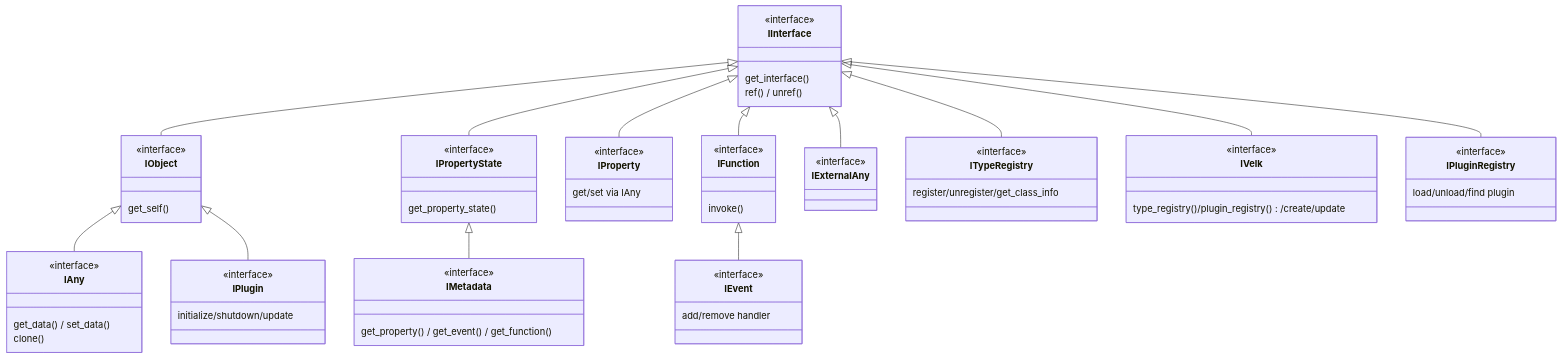
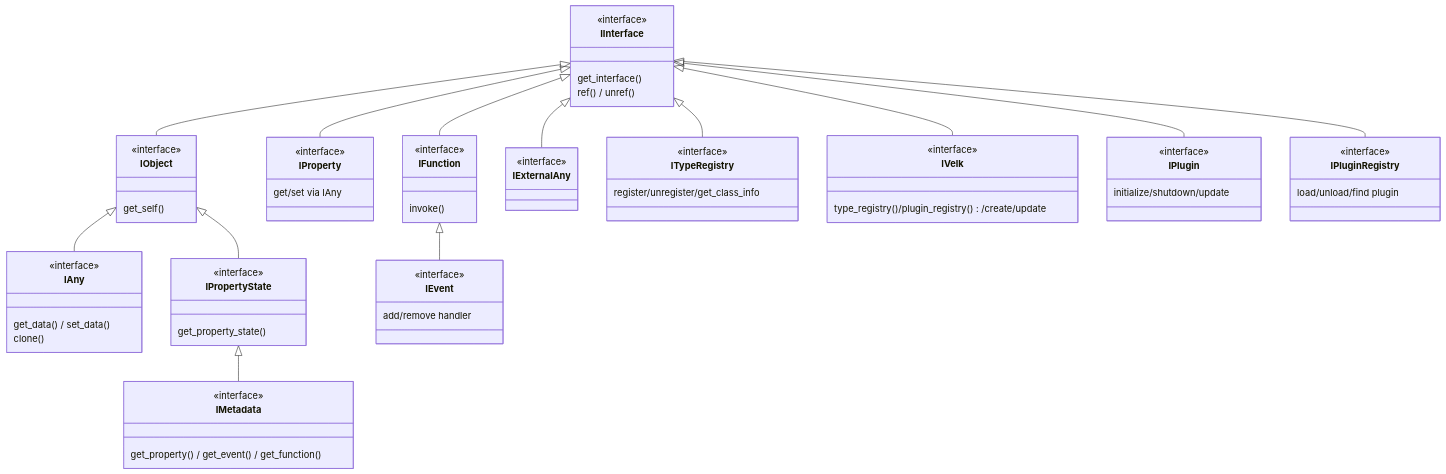
One commit to ljaaskela/strata changed the second of 3 diagrams in docs/architecture.md. Above: the diagram before and after it, drawn with Mermaid. The commit also changed other lines of this file and 5 other files, not shown here.

````diff
--- a/docs/architecture.md
+++ b/docs/architecture.md
@@ -119,77 +120,76 @@
 ```mermaid
 classDiagram
     direction TB
 
     class IInterface {
         <<interface>>
         get_interface()
         ref() / unref()
     }
 
     class IObject {
         <<interface>>
         get_self()
     }
     class IAny {
         <<interface>>
         get_data() / set_data()
         clone()
     }
 
     class IPropertyState {
         <<interface>>
         get_property_state()
     }
     class IMetadata {
         <<interface>>
         get_property() / get_event() / get_function()
     }
     class IProperty {
         <<interface>>
         get/set via IAny
     }
     class IFunction {
         <<interface>>
         invoke()
     }
     class IEvent {
         <<interface>>
         add/remove handler
     }
 
     class IExternalAny {
         <<interface>>
     }
     class ITypeRegistry {
         <<interface>>
         register/unregister/get_class_info
     }
     class IVelk {
         <<interface>>
         type_registry()/plugin_registry()/create/update
     }
     class IPlugin {
         <<interface>>
         initialize/shutdown/update
     }
     class IPluginRegistry {
         <<interface>>
         load/unload/find plugin
     }
 
     IInterface <|-- IObject
     IObject <|-- IAny
-    IObject <|-- IPlugin
-
-    IInterface <|-- IPropertyState
+    IObject <|-- IPropertyState
     IPropertyState <|-- IMetadata
 
     IInterface <|-- IProperty
     IInterface <|-- IFunction
     IFunction <|-- IEvent
 
+    IInterface <|-- IPlugin
     IInterface <|-- IExternalAny
     IInterface <|-- ITypeRegistry
     IInterface <|-- IPluginRegistry
     IInterface <|-- IVelk
 ```
````
